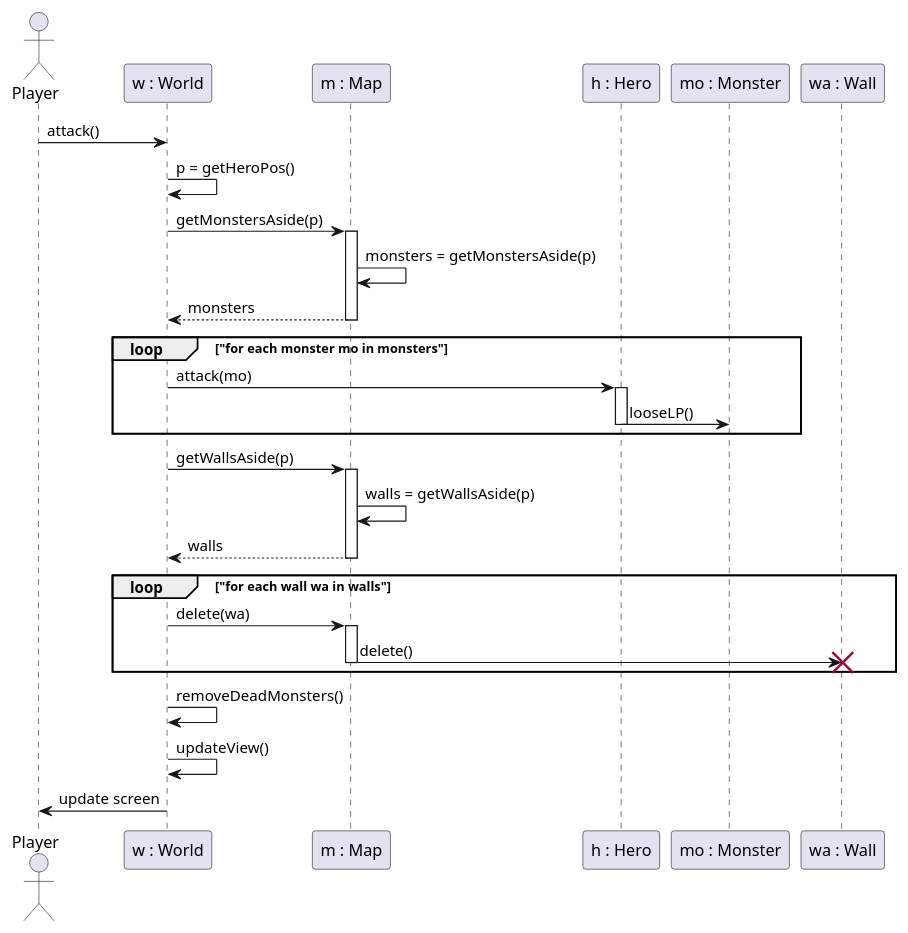
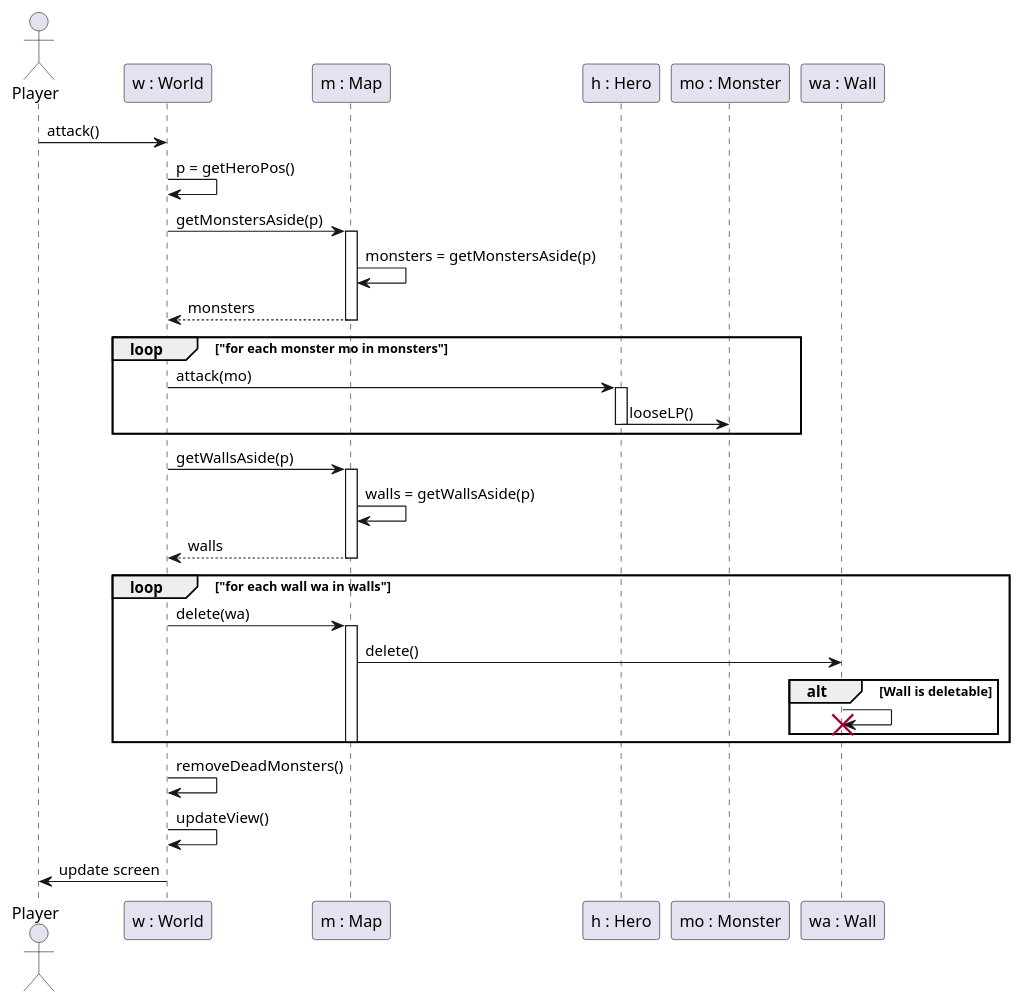
One commit to AnnYoS/ACL_2019_TLP changed the diagram in preparation/sprint4/attaque.puml. Above: the diagram before and after it, drawn with PlantUML.

Commit message:
correction conception : les murs peuvent etre incassables

```diff
--- a/preparation/sprint4/attaque.puml
+++ b/preparation/sprint4/attaque.puml
@@ -1,40 +1,42 @@
 @startuml
 
 actor Player
 
 
 Player -> "w : World": attack()
 "w : World" -> "w : World" : p = getHeroPos()
 "w : World" -> "m : Map" : getMonstersAside(p)
     activate "m : Map"
     "m : Map" -> "m : Map" : monsters = getMonstersAside(p)
         return monsters
 
 loop "for each monster mo in monsters"
   "w : World" -> "h : Hero": attack(mo)
   activate "h : Hero"
     "h : Hero" -> "mo : Monster" : looseLP()
   deactivate
 end
 
 
 "w : World" -> "m : Map" : getWallsAside(p)
     activate "m : Map"
     "m : Map" -> "m : Map" : walls = getWallsAside(p)
         return walls
 
 loop "for each wall wa in walls"
   "w : World" -> "m : Map": delete(wa)
   activate "m : Map"
-    "m : Map" -> "wa : Wall" !!: delete()
-
+    "m : Map" -> "wa : Wall" : delete()
+    alt Wall is deletable
+        "wa : Wall" -> "wa : Wall" !!
+    end
   deactivate
 end
 
 
 "w : World" -> "w : World" : removeDeadMonsters()
 "w : World" -> "w : World" : updateView()
 "w : World" -> Player : update screen
 
 
 @enduml
```
